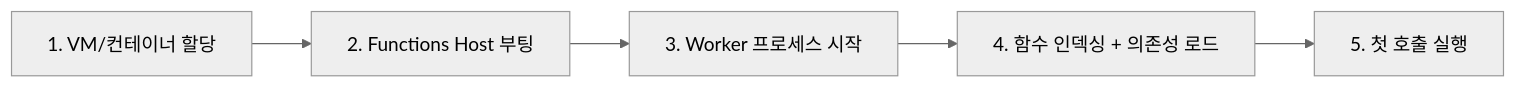
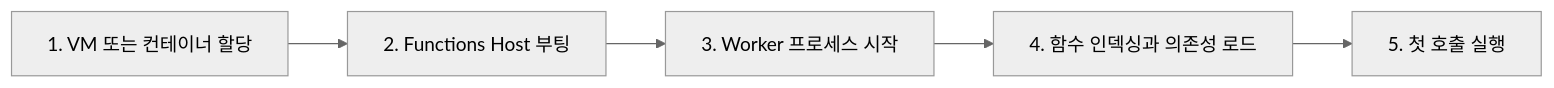
The third of 4 diagrams in azure-functions-101/ko/06-scaling-and-cold-start.md (yeongseon-books/book-content), drawn with Mermaid (neutral theme) before and after one commit. The commit also changed other lines of this file and 42 other files, not shown here.

First line of the commit message:
fix: 오라클 리뷰 반영 — Functions 101/Deep Dive 사실관계·톤·다이어그램 정리, App Service 101 ko/en 재구조화

````diff
--- a/azure-functions-101/ko/06-scaling-and-cold-start.md
+++ b/azure-functions-101/ko/06-scaling-and-cold-start.md
@@ -99,7 +103,7 @@
 ```mermaid
 flowchart LR
-    A[1. VM/컨테이너 할당] --> B[2. Functions Host 부팅]
+    A[1. VM 또는 컨테이너 할당] --> B[2. Functions Host 부팅]
     B --> C[3. Worker 프로세스 시작]
-    C --> D[4. 함수 인덱싱 + 의존성 로드]
+    C --> D[4. 함수 인덱싱과 의존성 로드]
     D --> E[5. 첫 호출 실행]
 ```
````
